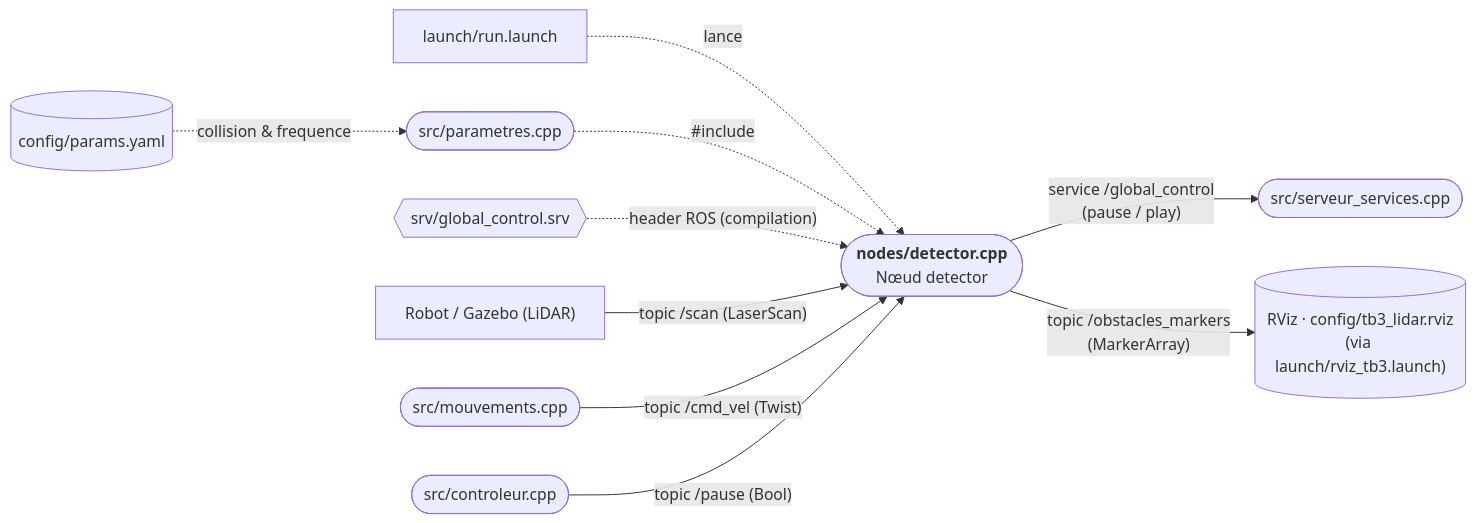
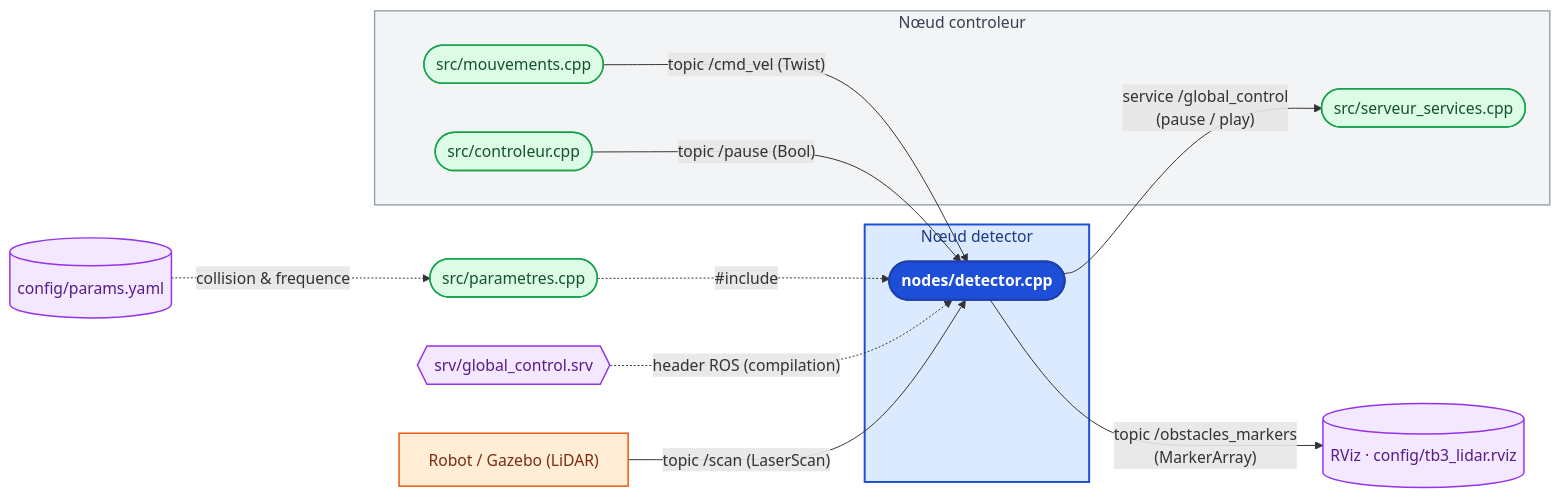
One commit to benoitdekeyn/E4SE_TD_TP changed the seventh of 7 diagrams in robotique_et_navigation/Rapport/Rapport.md. Above: the diagram before and after it, drawn with Mermaid. The commit also changed other lines of this file and 2 other files, not shown here.

Commit message:
colored zoom diagrams

````diff
--- a/robotique_et_navigation/Rapport/Rapport.md
+++ b/robotique_et_navigation/Rapport/Rapport.md
@@ -314,27 +391,41 @@
-```mermaid direction=LR
+```mermaid
 flowchart LR
-    L_RUN["`launch/run.launch`"]
     C_PARAMS[("`config/params.yaml`")]
     M_PARAMS(["`src/parametres.cpp`"])
     S_CTRL{{"`srv/global_control.srv`"}}
     LIDAR["`Robot / Gazebo (LiDAR)`"]
-    N_MVT(["`src/mouvements.cpp`"])
-    N_CTRL(["`src/controleur.cpp`"])
 
-    NODE(["`**nodes/detector.cpp**<br/>Nœud detector`"])
+    subgraph SG_DET["Nœud detector"]
+        NODE(["`**nodes/detector.cpp**`"])
+    end
 
-    N_SSRV(["`src/serveur_services.cpp`"])
-    RVIZ[("`RViz · config/tb3_lidar.rviz<br/>(via launch/rviz_tb3.launch)`")]
+    subgraph SG_CTRL["Nœud controleur"]
+        N_MVT(["`src/mouvements.cpp`"])
+        N_CTRL(["`src/controleur.cpp`"])
+        N_SSRV(["`src/serveur_services.cpp`"])
+    end
 
-    L_RUN -.->|"lance"| NODE
+    RVIZ[("`RViz · config/tb3_lidar.rviz`")]
+
     C_PARAMS -.->|"collision & frequence"| M_PARAMS
     M_PARAMS -.->|"#include"| NODE
     S_CTRL -.->|"header ROS (compilation)"| NODE
 
     LIDAR -->|"topic /scan (LaserScan)"| NODE
     N_MVT -->|"topic /cmd_vel (Twist)"| NODE
     N_CTRL -->|"topic /pause (Bool)"| NODE
 
     NODE -->|"service /global_control<br/>(pause / play)"| N_SSRV
     NODE -->|"topic /obstacles_markers<br/>(MarkerArray)"| RVIZ
+
+    classDef cpp fill:#dcfce7,stroke:#16a34a,stroke-width:1.5px,color:#14532d
+    classDef autre fill:#f3e8ff,stroke:#9333ea,stroke-width:1.5px,color:#581c87
+    classDef ext fill:#ffedd5,stroke:#ea580c,stroke-width:1.5px,color:#7c2d12
+
+    class M_PARAMS,N_MVT,N_CTRL,N_SSRV cpp
+    class C_PARAMS,S_CTRL,RVIZ autre
+    class LIDAR ext
+    style SG_DET fill:#dbeafe,stroke:#1d4ed8,stroke-width:2px,color:#1e3a8a
+    style NODE fill:#1d4ed8,stroke:#1e40af,stroke-width:2px,color:#ffffff
+    style SG_CTRL fill:#f3f4f6,stroke:#9ca3af,stroke-width:1.5px,color:#374151
 ```
````
